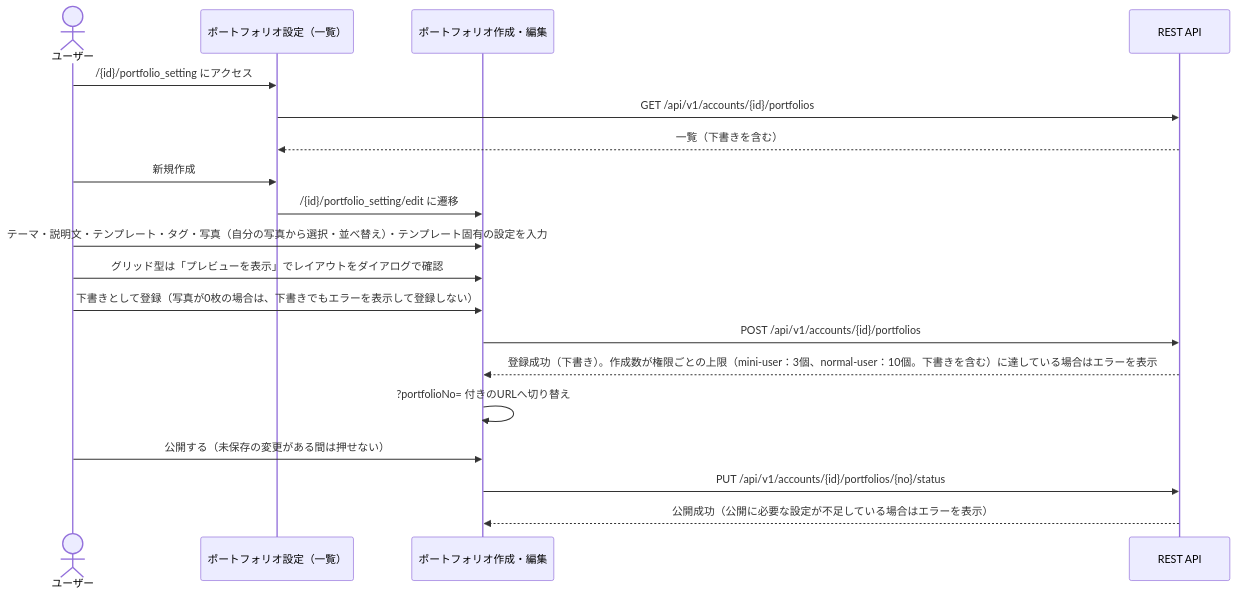
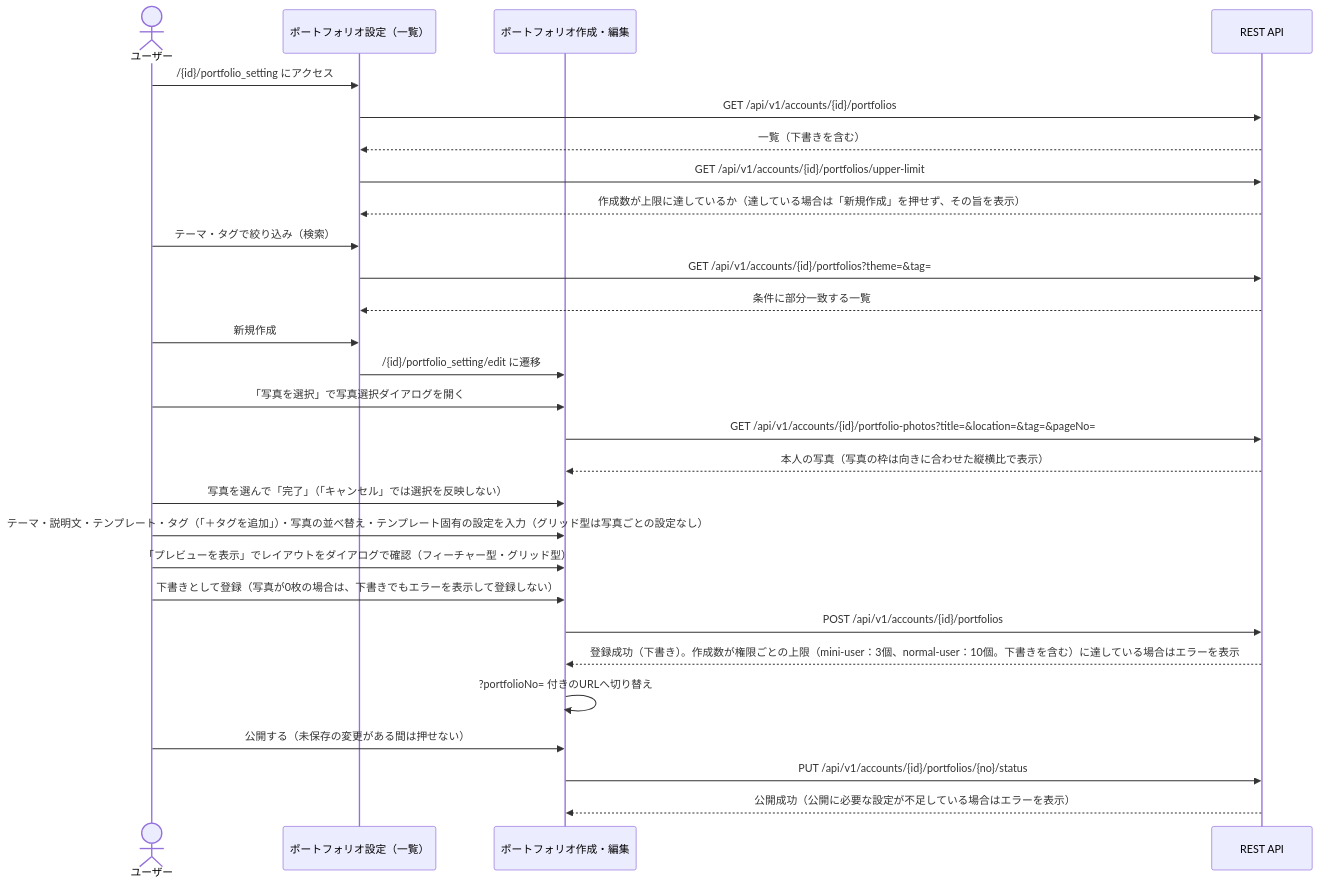
The fifth of 10 diagrams in doc/view/screen-transition.md (KentoKodama214/WebGallery), drawn with Mermaid before and after one commit. The commit also changed other lines of this file and 14 other files, not shown here.

First line of the commit message:
feat(portfolio-ui): add list filters, photo picker search and feature preview

````diff
--- a/doc/view/screen-transition.md
+++ b/doc/view/screen-transition.md
@@ -209,22 +209,31 @@
 ```mermaid
 sequenceDiagram
     actor User as ユーザー
     participant List as ポートフォリオ設定（一覧）
     participant Edit as ポートフォリオ作成・編集
     participant API as REST API
 
     User->>List: /{id}/portfolio_setting にアクセス
     List->>API: GET /api/v1/accounts/{id}/portfolios
     API-->>List: 一覧（下書きを含む）
+    List->>API: GET /api/v1/accounts/{id}/portfolios/upper-limit
+    API-->>List: 作成数が上限に達しているか（達している場合は「新規作成」を押せず、その旨を表示）
+    User->>List: テーマ・タグで絞り込み（検索）
+    List->>API: GET /api/v1/accounts/{id}/portfolios?theme=&tag=
+    API-->>List: 条件に部分一致する一覧
     User->>List: 新規作成
     List->>Edit: /{id}/portfolio_setting/edit に遷移
-    User->>Edit: テーマ・説明文・テンプレート・タグ・写真（自分の写真から選択・並べ替え）・テンプレート固有の設定を入力
-    User->>Edit: グリッド型は「プレビューを表示」でレイアウトをダイアログで確認
+    User->>Edit: 「写真を選択」で写真選択ダイアログを開く
+    Edit->>API: GET /api/v1/accounts/{id}/portfolio-photos?title=&location=&tag=&pageNo=
+    API-->>Edit: 本人の写真（写真の枠は向きに合わせた縦横比で表示）
+    User->>Edit: 写真を選んで「完了」（「キャンセル」では選択を反映しない）
+    User->>Edit: テーマ・説明文・テンプレート・タグ（「＋タグを追加」）・写真の並べ替え・テンプレート固有の設定を入力（グリッド型は写真ごとの設定なし）
+    User->>Edit: 「プレビューを表示」でレイアウトをダイアログで確認（フィーチャー型・グリッド型）
     User->>Edit: 下書きとして登録（写真が0枚の場合は、下書きでもエラーを表示して登録しない）
     Edit->>API: POST /api/v1/accounts/{id}/portfolios
     API-->>Edit: 登録成功（下書き）。作成数が権限ごとの上限（mini-user：3個、normal-user：10個。下書きを含む）に達している場合はエラーを表示
     Edit->>Edit: ?portfolioNo= 付きのURLへ切り替え
     User->>Edit: 公開する（未保存の変更がある間は押せない）
     Edit->>API: PUT /api/v1/accounts/{id}/portfolios/{no}/status
     API-->>Edit: 公開成功（公開に必要な設定が不足している場合はエラーを表示）
 ```
````
